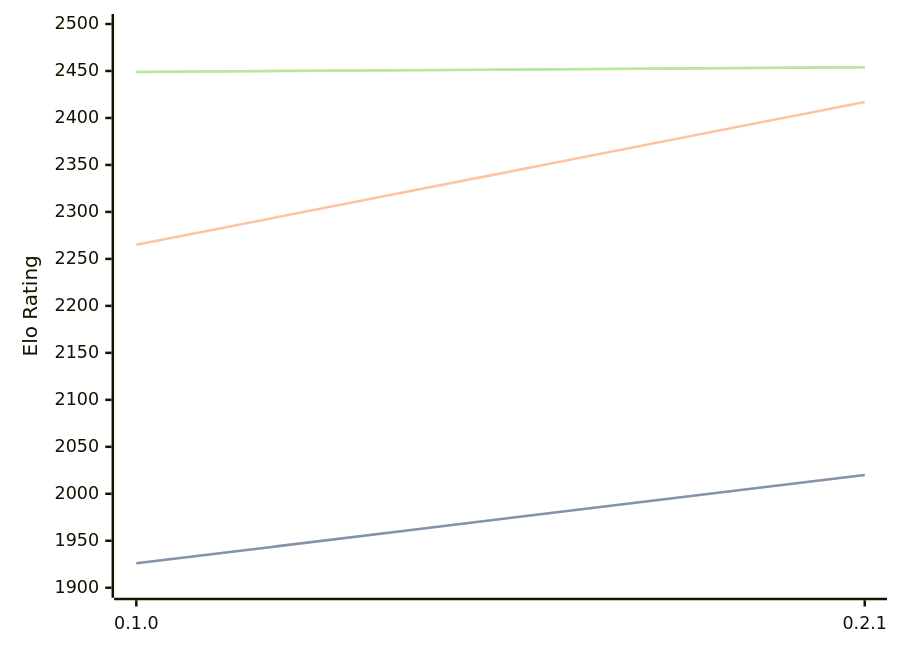
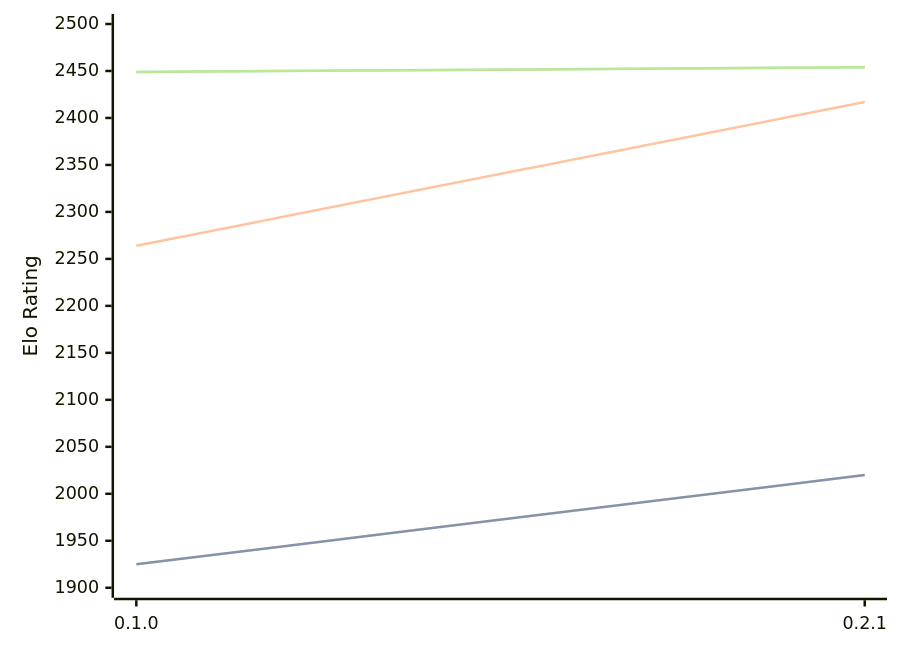
One commit to computer-chess-index/cci changed the diagram in engines/Sykora.md. Above: the diagram before and after it, drawn with Mermaid. The commit also changed other lines of this file, not shown here.

Commit message:
Update CCI Ratings (ELO VLTC) - 2026-03-16

````diff
--- a/engines/Sykora.md
+++ b/engines/Sykora.md
@@ -30,11 +30,11 @@
 ```mermaid
 %%{init: {"theme":"base","themeVariables":{"seriesColors:['#a3a3a3','#222221','#faa371']}}}%%
 xychart-beta
   x-axis ["0.1.0", "0.2.1"]
   y-axis "Elo Rating" 1900 --> 2500
-  line "STC (8.0+0.08s)" [1926, 2020]
-  line "STC (8.0+0.08s)" [1926, 2020]
-  line "LTC (60.0+0.60s)" [2265, 2417]
+  line "STC (8.0+0.08s)" [1925, 2020]
+  line "STC (8.0+0.08s)" [1925, 2020]
+  line "LTC (60.0+0.60s)" [2264, 2417]
   line "VLTC (2m24s+1.12s)" [2449, 2454]
   line "VLTC (2m24s+1.12s)" [2449, 2454]
 ```
````
